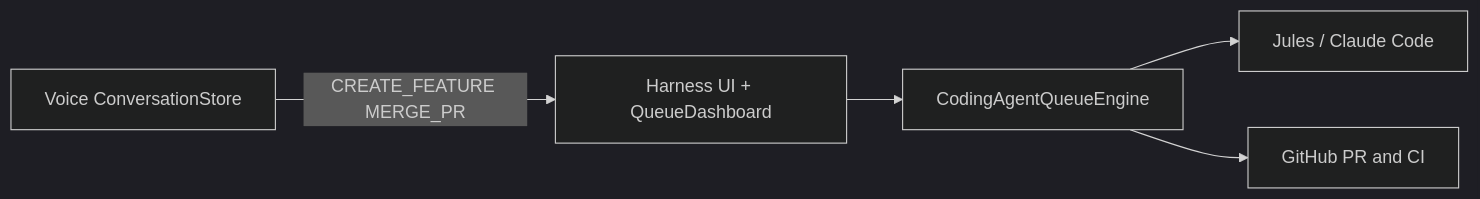
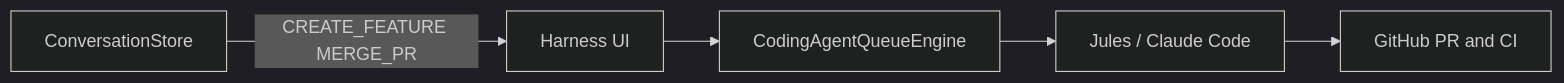
One commit to ludoo0d0a/julius changed the diagram in agents.md. Above: the diagram before and after it, drawn with Mermaid (dark theme). The commit also changed other lines of this file and 8 other files, not shown here.

````diff
--- a/agents.md
+++ b/agents.md
@@ -7,12 +12,10 @@
 ```mermaid
 flowchart LR
-    Voice[Voice ConversationStore]
-    Harness[Harness UI + QueueDashboard]
+    Voice[ConversationStore]
+    Harness[Harness UI]
     Engine[CodingAgentQueueEngine]
-    Agents[Jules / Claude Code]
+    Coding[Jules / Claude Code]
     GitHub[GitHub PR and CI]
     Voice -->|CREATE_FEATURE MERGE_PR| Harness
-    Harness --> Engine
-    Engine --> Agents
-    Engine --> GitHub
+    Harness --> Engine --> Coding --> GitHub
 ```
````
